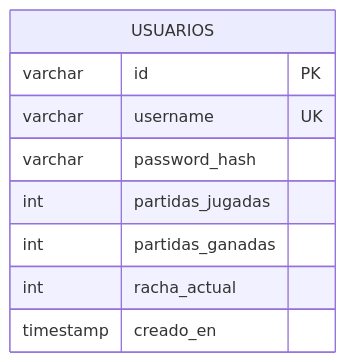
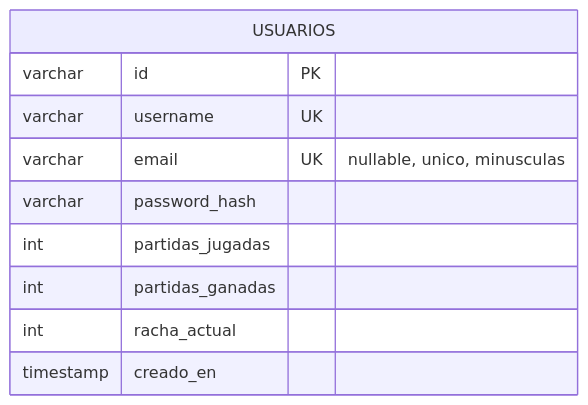
One commit to UNO-POWER/UserService changed the second of 2 diagrams in README.md. Above: the diagram before and after it, drawn with Mermaid. The commit also changed other lines of this file, not shown here.

````diff
--- a/README.md
+++ b/README.md
@@ -478,12 +512,13 @@
 ```mermaid
 erDiagram
     USUARIOS {
         varchar id PK
         varchar username UK
+        varchar email UK "nullable, unico, minusculas"
         varchar password_hash
         int partidas_jugadas
         int partidas_ganadas
         int racha_actual
         timestamp creado_en
     }
 ```
````
